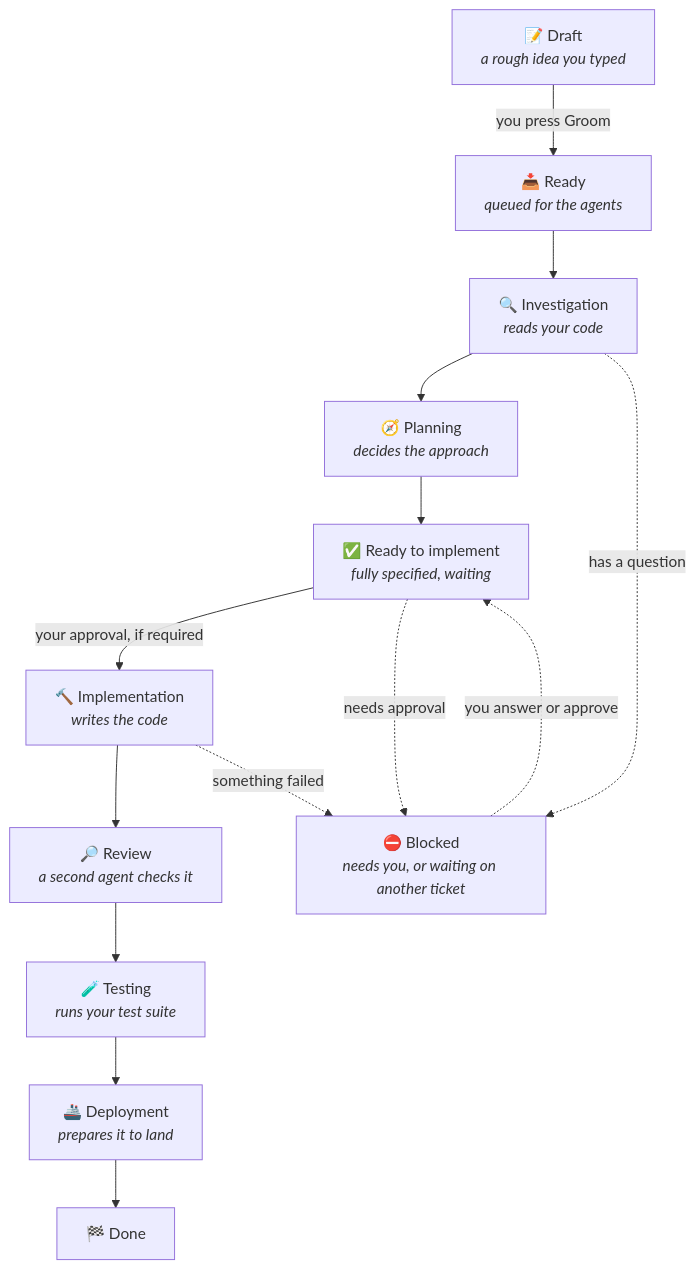
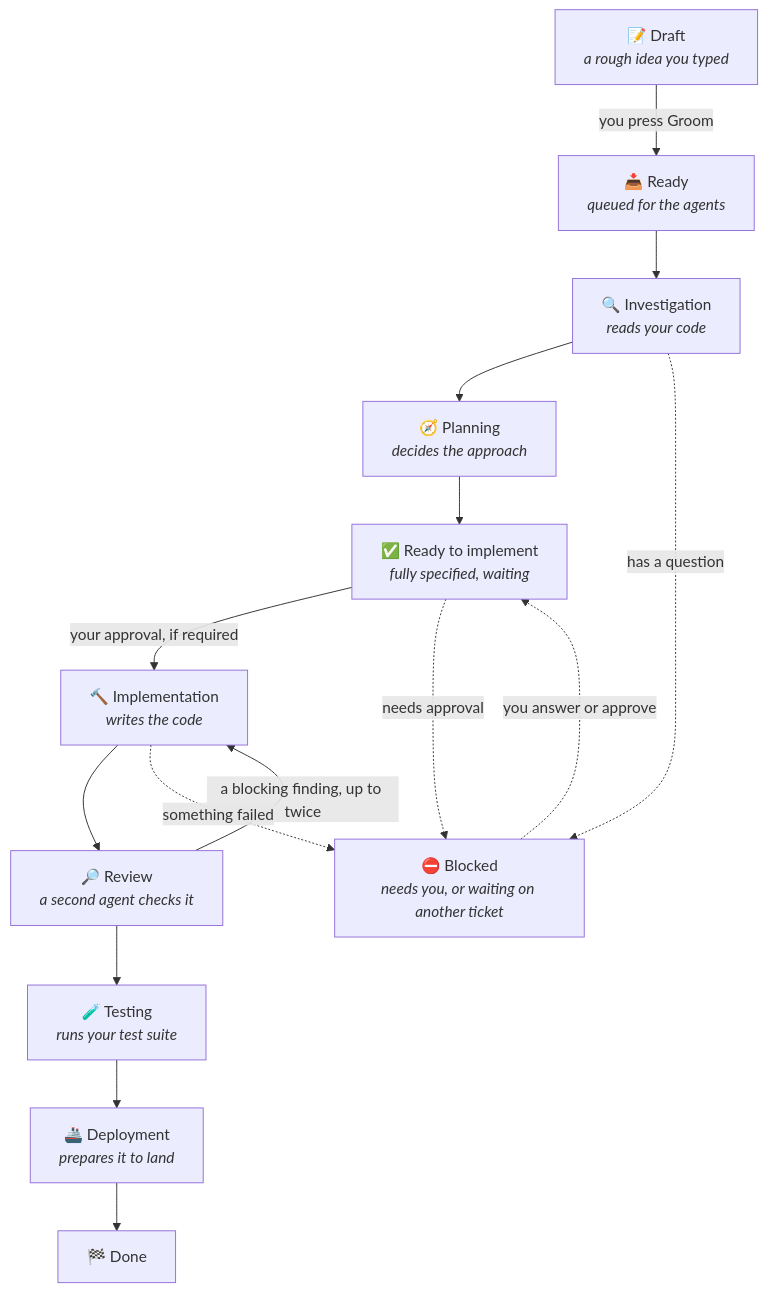
One commit to bl0rch1d/barad_dur changed the second of 2 diagrams in docs/HOW-IT-WORKS.md. Above: the diagram before and after it, drawn with Mermaid. The commit also changed other lines of this file and 11 other files, not shown here.

````diff
--- a/docs/HOW-IT-WORKS.md
+++ b/docs/HOW-IT-WORKS.md
@@ -183,23 +183,24 @@
 ```mermaid
 flowchart TD
     Draft["📝 Draft<br/><i>a rough idea you typed</i>"]
     Ready["📥 Ready<br/><i>queued for the agents</i>"]
     Inv["🔍 Investigation<br/><i>reads your code</i>"]
     Plan["🧭 Planning<br/><i>decides the approach</i>"]
     RTI["✅ Ready to implement<br/><i>fully specified, waiting</i>"]
     Impl["🔨 Implementation<br/><i>writes the code</i>"]
     Rev["🔎 Review<br/><i>a second agent checks it</i>"]
     Test["🧪 Testing<br/><i>runs your test suite</i>"]
     Dep["🚢 Deployment<br/><i>prepares it to land</i>"]
     Done["🏁 Done"]
     Blocked["⛔ Blocked<br/><i>needs you, or waiting on another ticket</i>"]
 
     Draft -->|"you press Groom"| Ready
     Ready --> Inv --> Plan --> RTI
     RTI -->|"your approval, if required"| Impl
     Impl --> Rev --> Test --> Dep --> Done
+    Rev -->|"a blocking finding, up to twice"| Impl
     Inv -.->|"has a question"| Blocked
     RTI -.->|"needs approval"| Blocked
     Impl -.->|"something failed"| Blocked
     Blocked -.->|"you answer or approve"| RTI
 ```
````
